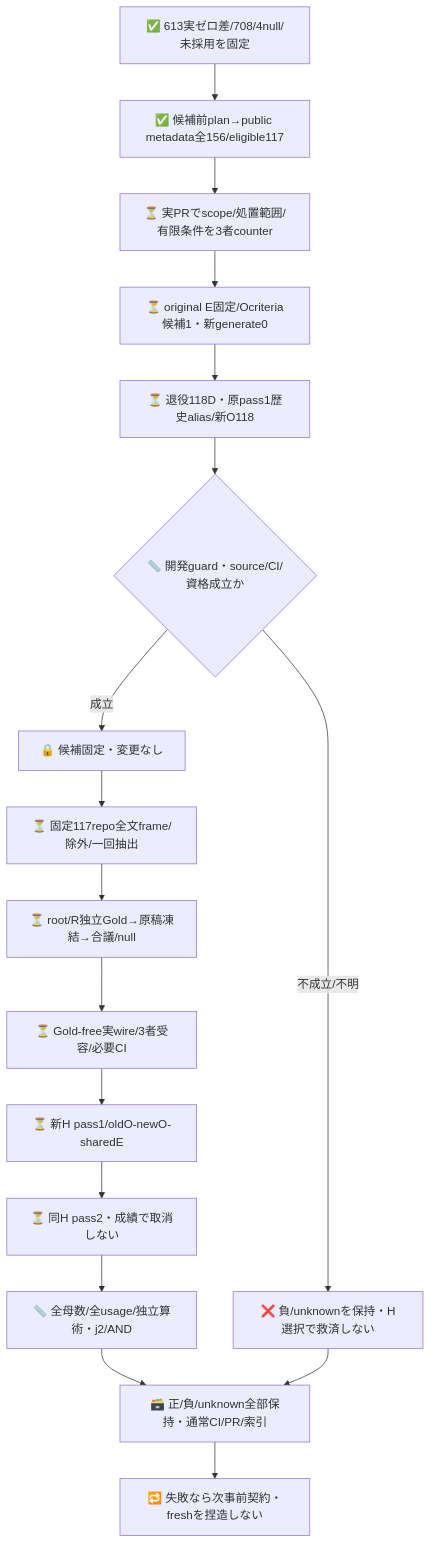
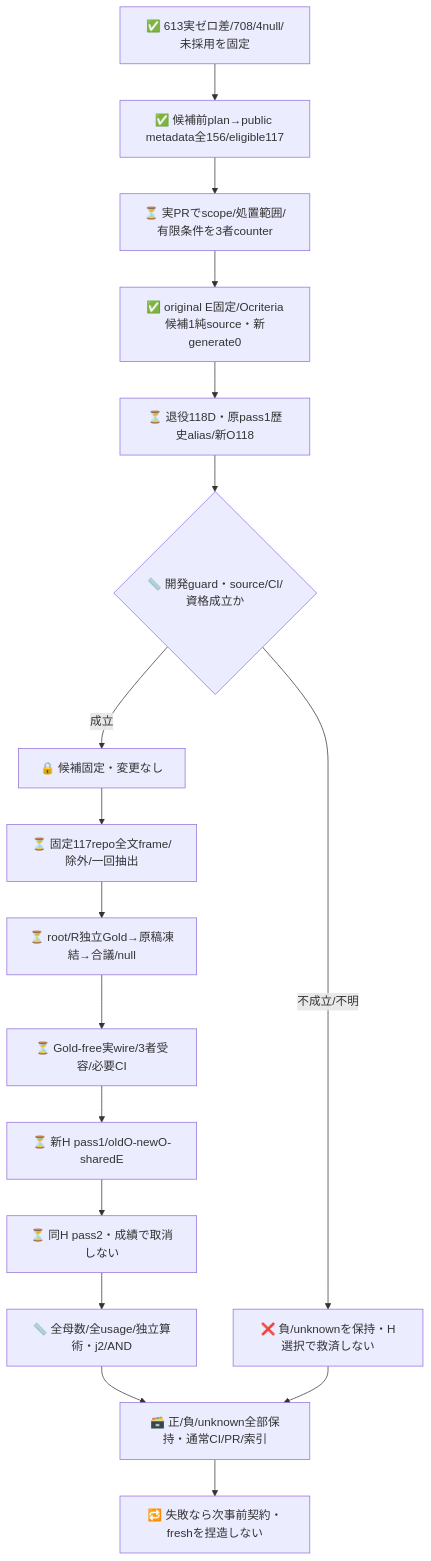
One commit to roccho-org/ops changed the second of 2 diagrams in experiments/sys1-eval-loop/observation/README.md. Above: the diagram before and after it, drawn with Mermaid. The commit also changed other lines of this file and 4 other files, not shown here.

````diff
--- a/experiments/sys1-eval-loop/observation/README.md
+++ b/experiments/sys1-eval-loop/observation/README.md
@@ -59,19 +59,19 @@
 ```mermaid
 flowchart TB
   OLD["✅ 613実ゼロ差/708/4null/未採用を固定"] --> META["✅ 候補前plan→public metadata全156/eligible117"]
   META --> REVIEW["⏳ 実PRでscope/処置範囲/有限条件を3者counter"]
-  REVIEW --> C["⏳ original E固定/Ocriteria候補1・新generate0"]
+  REVIEW --> C["✅ original E固定/Ocriteria候補1純source・新generate0"]
   C --> D["⏳ 退役118D・原pass1歴史alias/新O118"]
   D --> DG{"📏 開発guard・source/CI/資格成立か"}
   DG -->|不成立/不明| NEG["❌ 負/unknownを保持・H選択で救済しない"]
   DG -->|成立| FREEZE["🔒 候補固定・変更なし"]
   FREEZE --> FRAME["⏳ 固定117repo全文frame/除外/一回抽出"]
   FRAME --> GOLD["⏳ root/R独立Gold→原稿凍結→合議/null"]
   GOLD --> SOURCE["⏳ Gold-free実wire/3者受容/必要CI"]
   SOURCE --> P1["⏳ 新H pass1/oldO-newO-sharedE"]
   P1 --> P2["⏳ 同H pass2・成績で取消しない"]
   P2 --> SCORE["📏 全母数/全usage/独立算術・j2/AND"]
   SCORE --> END["🗃️ 正/負/unknown全部保持・通常CI/PR/索引"]
   NEG --> END
   END --> NEXT["🔁 失敗なら次事前契約・freshを捏造しない"]
 ```
````
